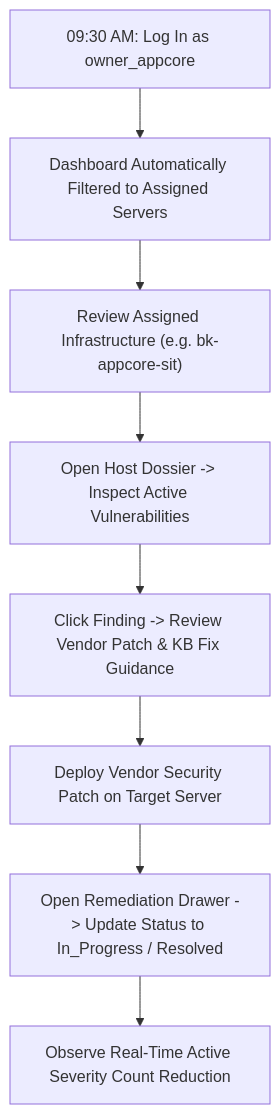
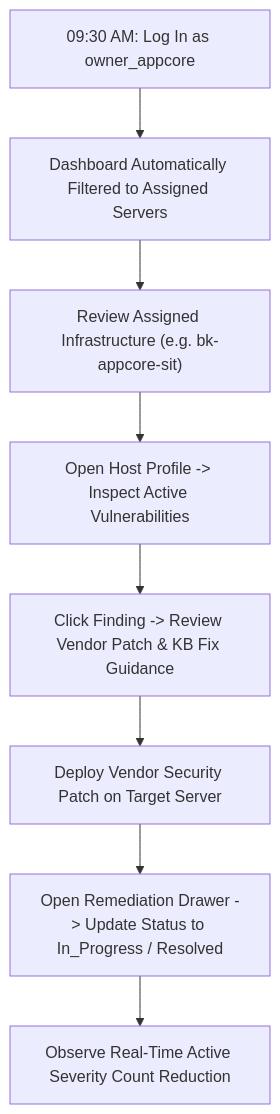
Before and after one commit to kimsrung/nb_vul_dashboard: the fourth of 5 diagrams in docs/overview.md, drawn with Mermaid. The commit also changed other lines of this file and 16 other files, not shown here.

````diff
--- a/docs/overview.md
+++ b/docs/overview.md
@@ -346,10 +346,10 @@
 ```mermaid
 flowchart TD
     A["09:30 AM: Log In as owner_appcore"] --> B["Dashboard Automatically Filtered to Assigned Servers"]
     B --> C["Review Assigned Infrastructure (e.g. bk-appcore-sit)"]
-    C --> D["Open Host Dossier -> Inspect Active Vulnerabilities"]
+    C --> D["Open Host Profile -> Inspect Active Vulnerabilities"]
     D --> E["Click Finding -> Review Vendor Patch & KB Fix Guidance"]
     E --> F["Deploy Vendor Security Patch on Target Server"]
     F --> G["Open Remediation Drawer -> Update Status to In_Progress / Resolved"]
     G --> H["Observe Real-Time Active Severity Count Reduction"]
 ```
````
